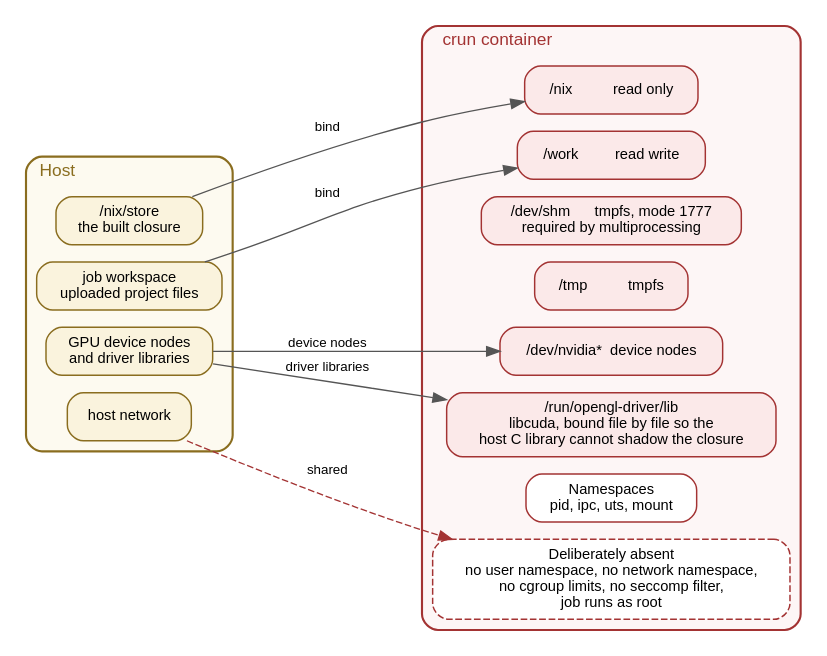
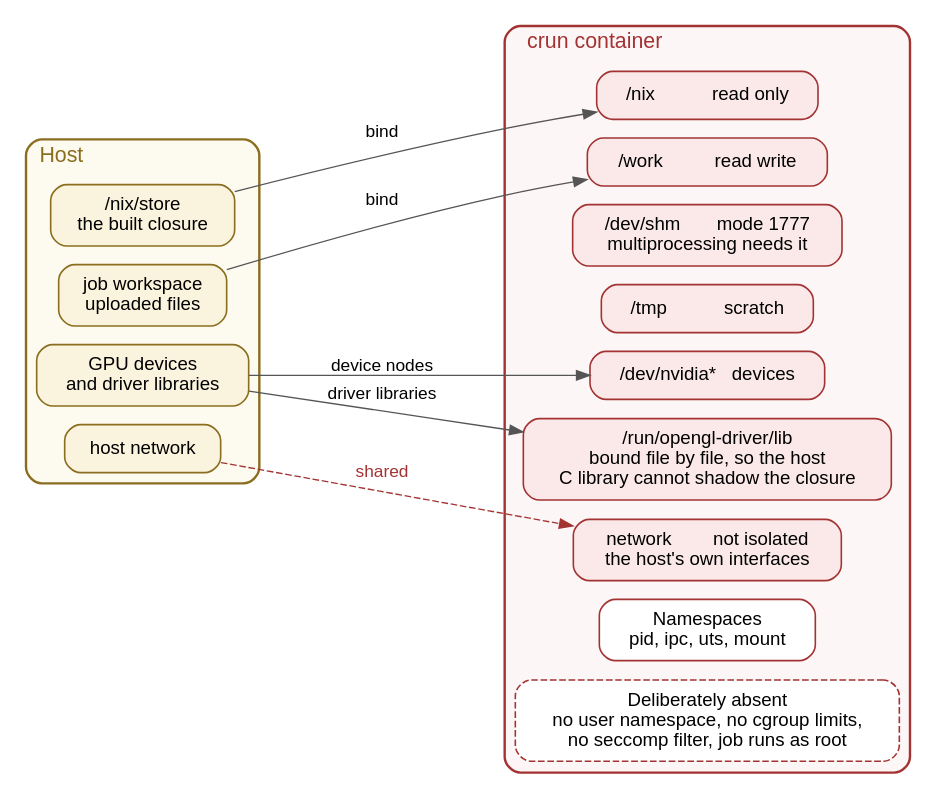
The diagram in docs/diagrams/src/fig_4.5_sandbox.dot (vinayakyadav2709/Pipedpeer), drawn with Graphviz before and after one commit. The commit also changed 34 other files, not shown here.

```diff
--- a/docs/diagrams/src/fig_4.5_sandbox.dot
+++ b/docs/diagrams/src/fig_4.5_sandbox.dot
@@ -1,39 +1,41 @@
 // Figure 4.5 - crun sandbox: what the job can and cannot see.
 digraph Sandbox {
-  rankdir=LR; bgcolor="white"; nodesep=0.18; ranksep=1.1;
-  node [fontname="Helvetica", fontsize=11, shape=box, style="rounded,filled",
-        fillcolor="#eef3fb", color="#3b6ea5", penwidth=1.1, margin="0.14,0.08"];
-  edge [fontname="Helvetica", fontsize=10, color="#555555"];
+  rankdir=LR; bgcolor="white"; nodesep=0.20; ranksep=1.3;
+  node [fontname="Helvetica", fontsize=14, shape=box, style="rounded,filled",
+        fillcolor="#eef3fb", color="#3b6ea5", penwidth=1.2, margin="0.18,0.11"];
+  edge [fontname="Helvetica", fontsize=13, color="#555555"];
 
   subgraph cluster_host {
-    label="Host"; labeljust=l; fontsize=13; fontname="Helvetica";
-    style="rounded"; color="#8a6d1f"; penwidth=1.6; bgcolor="#fdfaf0"; fontcolor="#8a6d1f";
+    label="Host"; labeljust=l; fontsize=16; fontname="Helvetica";
+    style="rounded"; color="#8a6d1f"; penwidth=1.8; bgcolor="#fdfaf0"; fontcolor="#8a6d1f";
     node [fillcolor="#faf3dd", color="#8a6d1f"];
     nix  [label="/nix/store\nthe built closure"];
-    work [label="job workspace\nuploaded project files"];
-    gpu  [label="GPU device nodes\nand driver libraries"];
+    work [label="job workspace\nuploaded files"];
+    gpu  [label="GPU devices\nand driver libraries"];
     net  [label="host network"];
     { rank=same; nix; work; gpu; net; }
   }
 
   subgraph cluster_ct {
-    label="crun container"; labeljust=l; fontsize=13; fontname="Helvetica";
-    style="rounded"; color="#a33333"; penwidth=1.6; bgcolor="#fdf6f6"; fontcolor="#a33333";
+    label="crun container"; labeljust=l; fontsize=16; fontname="Helvetica";
+    style="rounded"; color="#a33333"; penwidth=1.8; bgcolor="#fdf6f6"; fontcolor="#a33333";
     node [fillcolor="#fbe9e9", color="#a33333"];
-    m1 [label="/nix          read only"];
-    m2 [label="/work         read write"];
-    m3 [label="/dev/shm      tmpfs, mode 1777\nrequired by multiprocessing"];
-    m4 [label="/tmp          tmpfs"];
-    m5 [label="/dev/nvidia*  device nodes"];
-    m6 [label="/run/opengl-driver/lib\nlibcuda, bound file by file so the\nhost C library cannot shadow the closure"];
+    m1 [label="/nix           read only"];
+    m2 [label="/work          read write"];
+    m3 [label="/dev/shm       mode 1777\nmultiprocessing needs it"];
+    m4 [label="/tmp           scratch"];
+    m5 [label="/dev/nvidia*   devices"];
+    m6 [label="/run/opengl-driver/lib\nbound file by file, so the host\nC library cannot shadow the closure"];
+    m7 [label="network        not isolated\nthe host's own interfaces"];
     ns [label="Namespaces\npid, ipc, uts, mount", fillcolor="#ffffff"];
-    no [label="Deliberately absent\nno user namespace, no network namespace,\nno cgroup limits, no seccomp filter,\njob runs as root", fillcolor="#ffffff", style="rounded,filled,dashed"];
-    { rank=same; m1; m2; m3; m4; m5; m6; ns; no; }
+    no [label="Deliberately absent\nno user namespace, no cgroup limits,\nno seccomp filter, job runs as root",
+        fillcolor="#ffffff", style="rounded,filled,dashed"];
+    { rank=same; m1; m2; m3; m4; m5; m6; m7; ns; no; }
   }
 
   nix  -> m1 [label=" bind "];
   work -> m2 [label=" bind "];
   gpu  -> m5 [label=" device nodes "];
   gpu  -> m6 [label=" driver libraries "];
-  net  -> no [label=" shared ", style=dashed, color="#a33333"];
+  net  -> m7 [label=" shared ", style=dashed, color="#a33333", fontcolor="#a33333"];
 }
```
